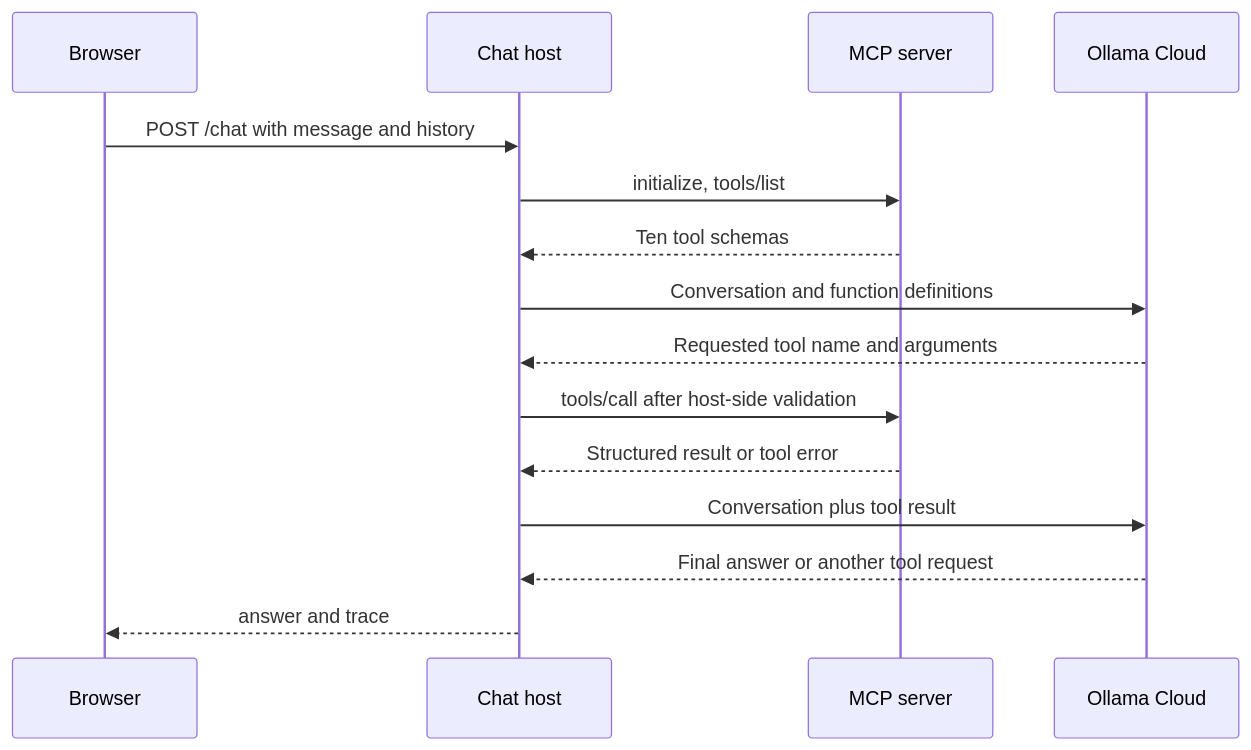
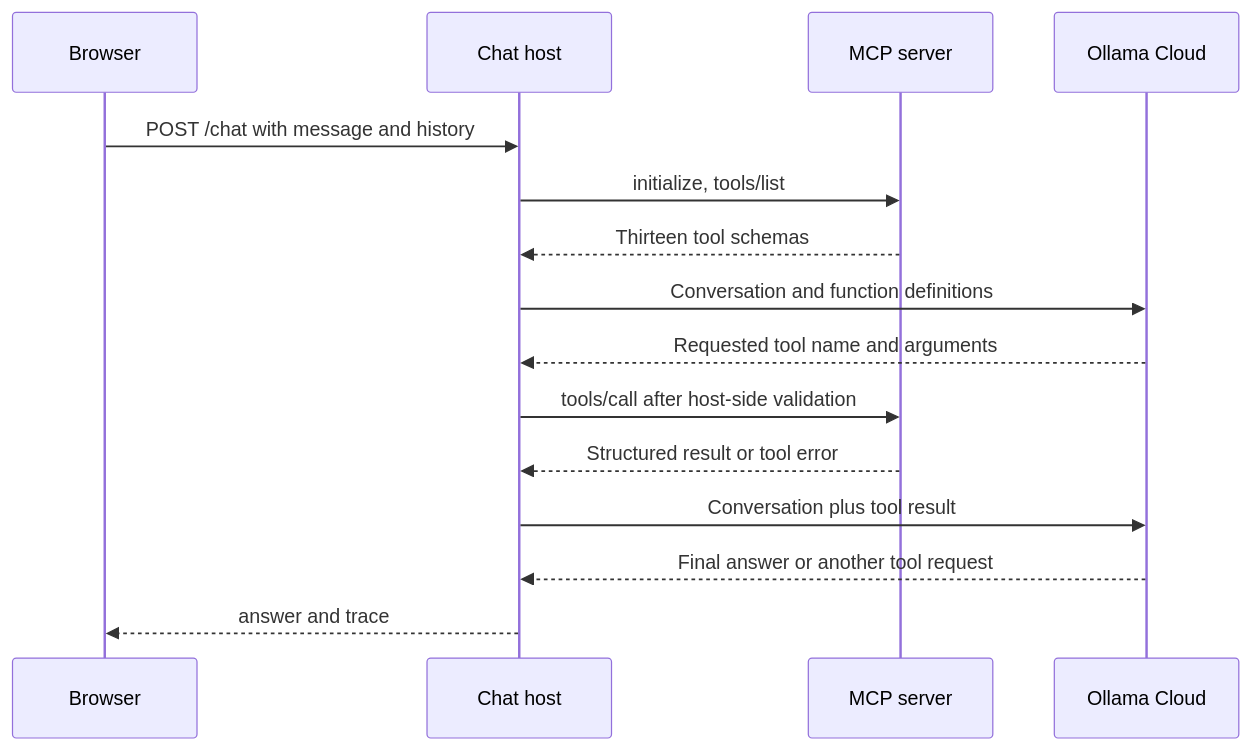
Before and after one commit to SalmonJoy/Simplilearn_MCP: the diagram in AI_chat_assistant/README.md, drawn with Mermaid. The commit also changed other lines of this file and 86 other files, not shown here.

````diff
--- a/AI_chat_assistant/README.md
+++ b/AI_chat_assistant/README.md
@@ -33,17 +35,17 @@
 ```mermaid
 sequenceDiagram
     participant Browser
     participant Host as Chat host
     participant MCP as MCP server
     participant Model as Ollama Cloud
     Browser->>Host: POST /chat with message and history
     Host->>MCP: initialize, tools/list
-    MCP-->>Host: Ten tool schemas
+    MCP-->>Host: Thirteen tool schemas
     Host->>Model: Conversation and function definitions
     Model-->>Host: Requested tool name and arguments
     Host->>MCP: tools/call after host-side validation
     MCP-->>Host: Structured result or tool error
     Host->>Model: Conversation plus tool result
     Model-->>Host: Final answer or another tool request
     Host-->>Browser: answer and trace
 ```
````
